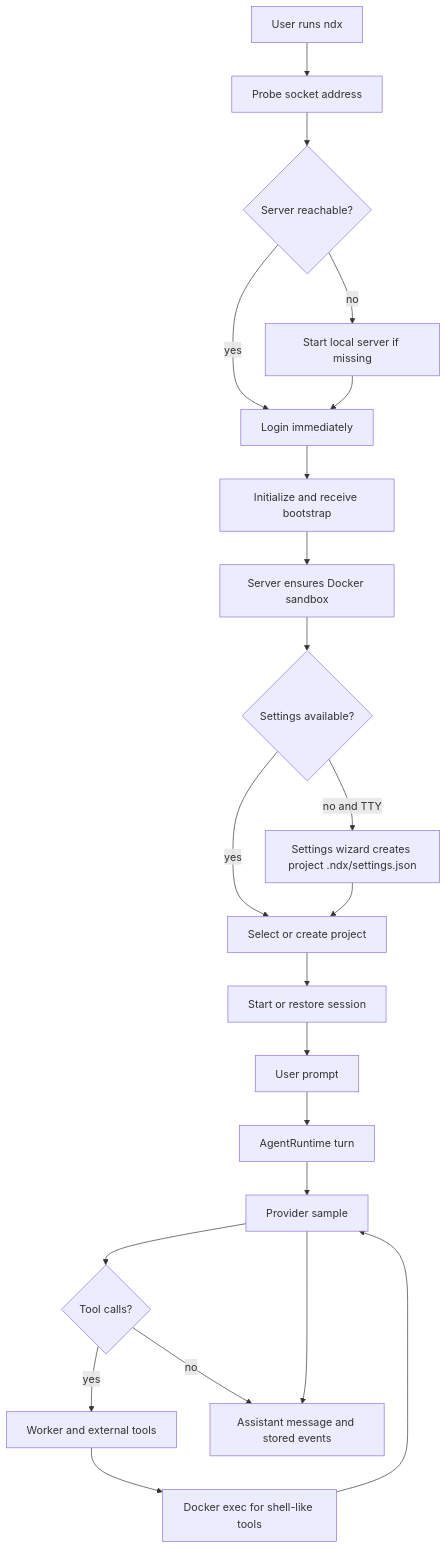
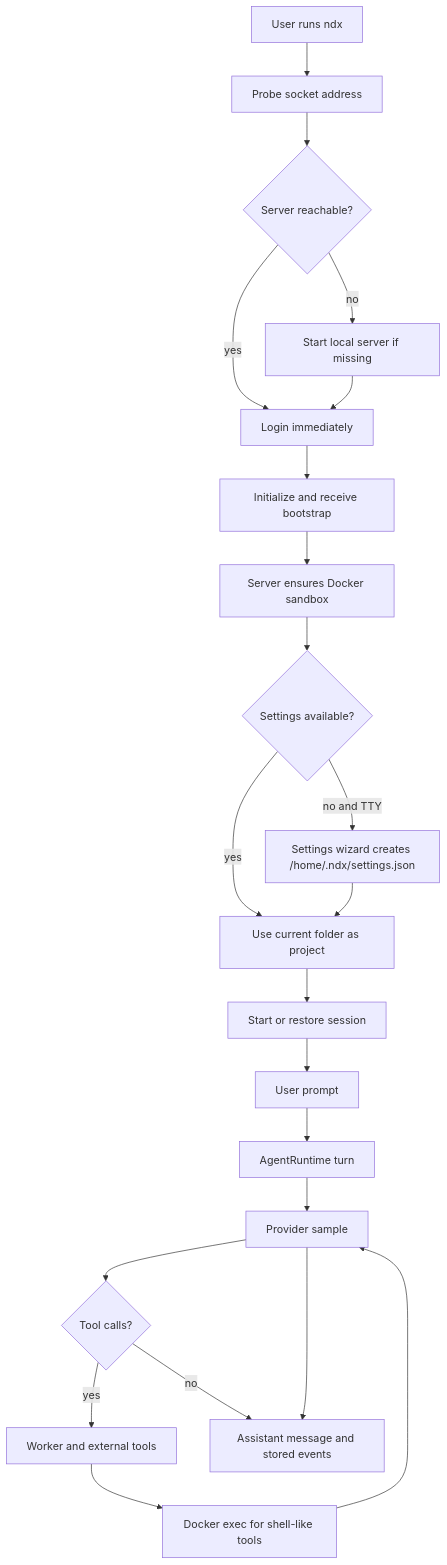
Diagram 20 of 20 in docs/system-architecture.md (hikaMaeng/ndx), drawn with Mermaid before and after one commit. The commit also changed other lines of this file and 15 other files, not shown here.

````diff
--- a/docs/system-architecture.md
+++ b/docs/system-architecture.md
@@ -670,32 +673,32 @@
 ```mermaid
 flowchart TD
   start["User runs ndx"]
   probe["Probe socket address"]
   fallback{"Server reachable?"}
   local["Start local server if missing"]
   login["Login immediately"]
   init["Initialize and receive bootstrap"]
   sandbox["Server ensures Docker sandbox"]
   settings{"Settings available?"}
-  wizard["Settings wizard creates project .ndx/settings.json"]
-  project["Select or create project"]
+  wizard["Settings wizard creates /home/.ndx/settings.json"]
+  project["Use current folder as project"]
   session["Start or restore session"]
   prompt["User prompt"]
   runtime["AgentRuntime turn"]
   model["Provider sample"]
   tools{"Tool calls?"}
   worker["Worker and external tools"]
   docker["Docker exec for shell-like tools"]
   output["Assistant message and stored events"]
 
   start --> probe --> fallback
   fallback -->|"yes"| login
   fallback -->|"no"| local --> login
   login --> init --> sandbox --> settings
   settings -->|"yes"| project
   settings -->|"no and TTY"| wizard --> project
   project --> session --> prompt --> runtime --> model --> tools
   tools -->|"yes"| worker --> docker --> model
   tools -->|"no"| output
   model --> output
 ```
````
